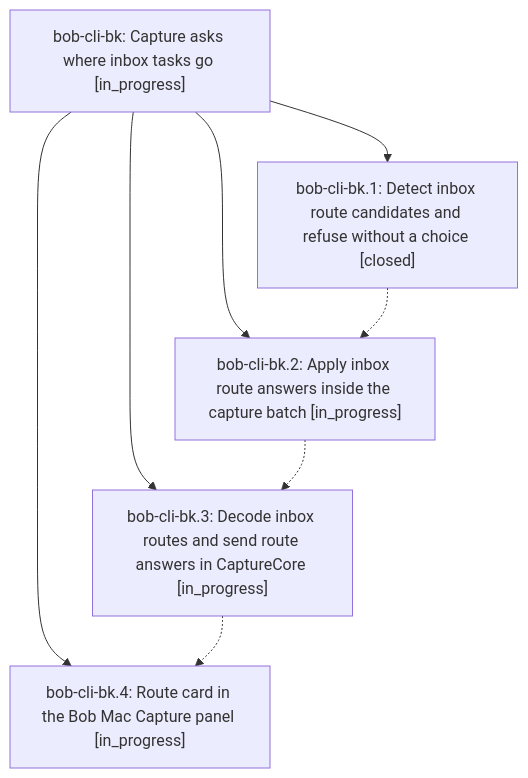
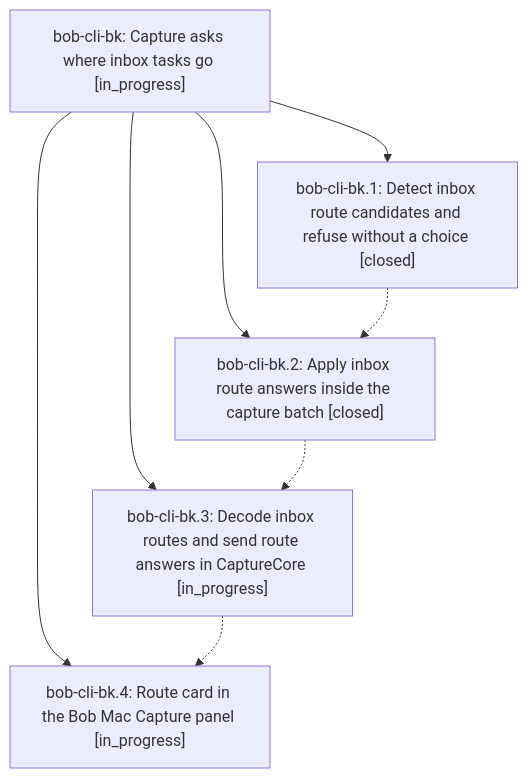
Before and after one commit to bobs-org/bob-cli--beads: the diagram in pages/bob-cli-bk/README.md, drawn with Mermaid. The commit also changed other lines of this file and 3 other files, not shown here.

First line of the commit message:
chore(beads): sync bead state and pages for bob-cli-bk

````diff
--- a/pages/bob-cli-bk/README.md
+++ b/pages/bob-cli-bk/README.md
@@ -37,15 +37,15 @@
 ```mermaid
 flowchart TD
     n0["bob-cli-bk: Capture asks where inbox tasks go [in_progress]"]
     n1["bob-cli-bk.1: Detect inbox route candidates and refuse without a choice [closed]"]
-    n2["bob-cli-bk.2: Apply inbox route answers inside the capture batch [in_progress]"]
+    n2["bob-cli-bk.2: Apply inbox route answers inside the capture batch [closed]"]
     n3["bob-cli-bk.3: Decode inbox routes and send route answers in CaptureCore [in_progress]"]
     n4["bob-cli-bk.4: Route card in the Bob Mac Capture panel [in_progress]"]
     n0 --> n1
     n0 --> n2
     n0 --> n3
     n0 --> n4
     n1 -.-> n2
     n2 -.-> n3
     n3 -.-> n4
 ```
````
